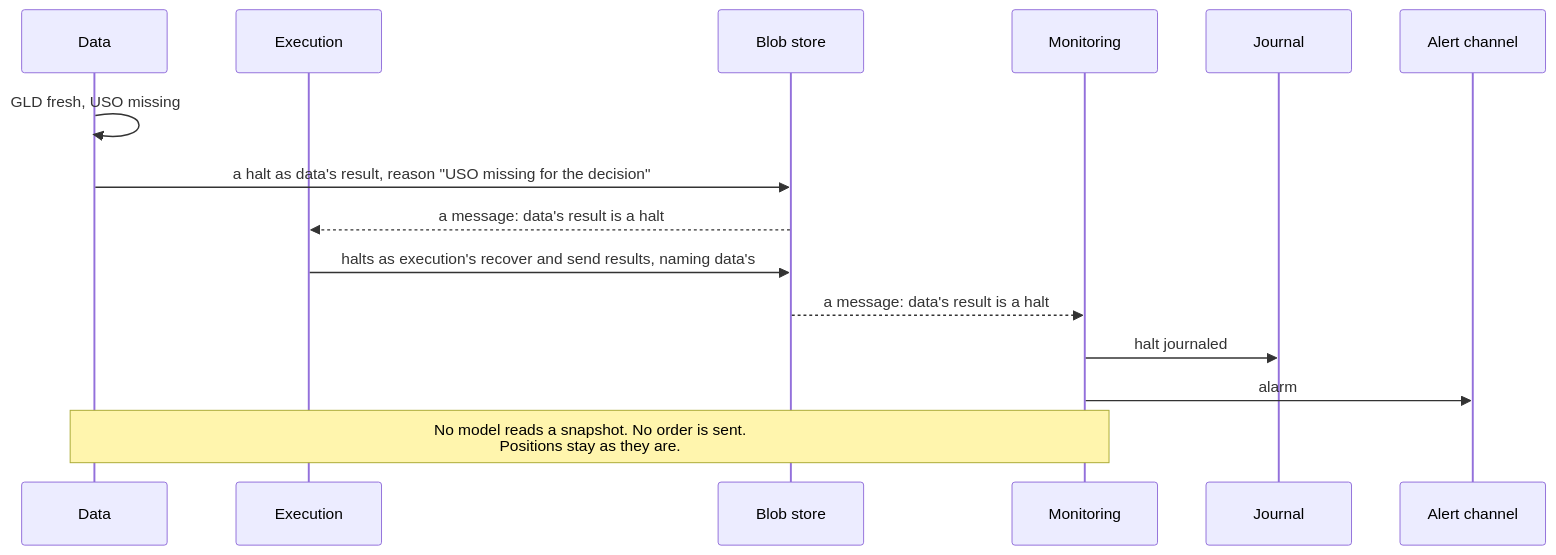
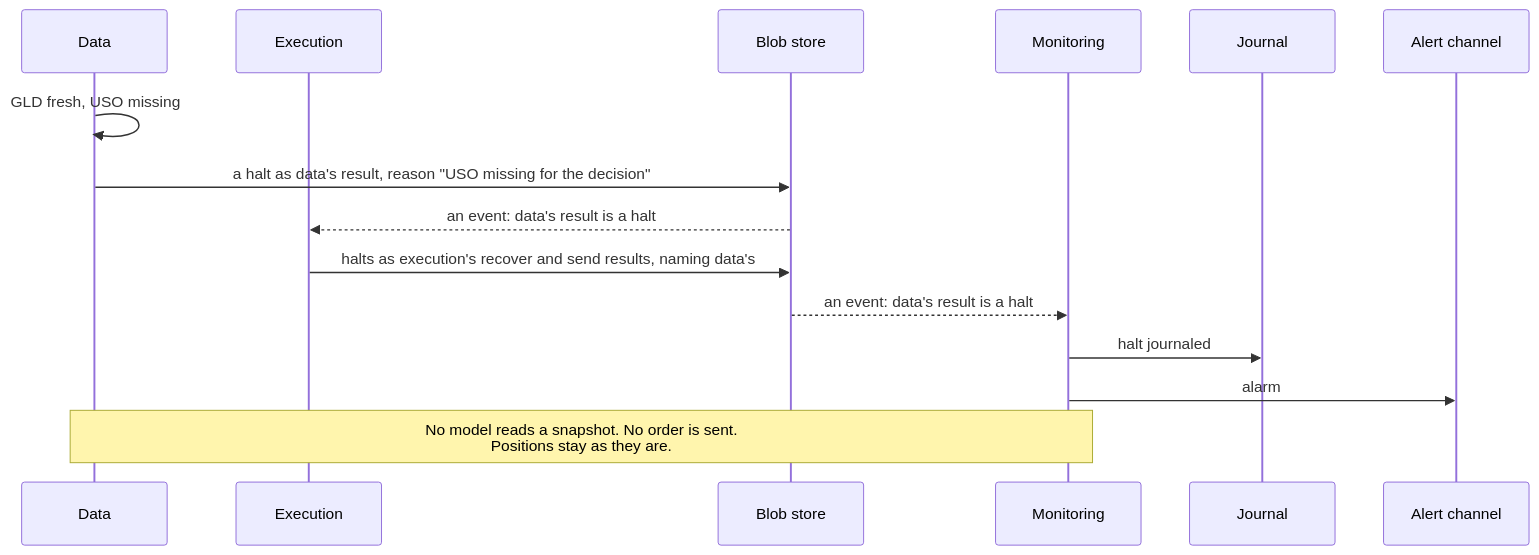
One commit to l3a0/ithildin-runtime changed the fifth of 16 diagrams in docs/architecture.md. Above: the diagram before and after it, drawn with Mermaid. The commit also changed other lines of this file and 1 other file, not shown here.

````diff
--- a/docs/architecture.md
+++ b/docs/architecture.md
@@ -695,18 +689,18 @@
 ```mermaid
 sequenceDiagram
     participant D as Data
     participant X as Execution
     participant F as Blob store
     participant M as Monitoring
     participant J as Journal
     participant L as Alert channel
 
     D->>D: GLD fresh, USO missing
     D->>F: a halt as data's result, reason "USO missing for the decision"
-    F-->>X: a message: data's result is a halt
+    F-->>X: an event: data's result is a halt
     X->>F: halts as execution's recover and send results, naming data's
-    F-->>M: a message: data's result is a halt
+    F-->>M: an event: data's result is a halt
     M->>J: halt journaled
     M->>L: alarm
     Note over D,M: No model reads a snapshot. No order is sent.<br/>Positions stay as they are.
 ```
````
